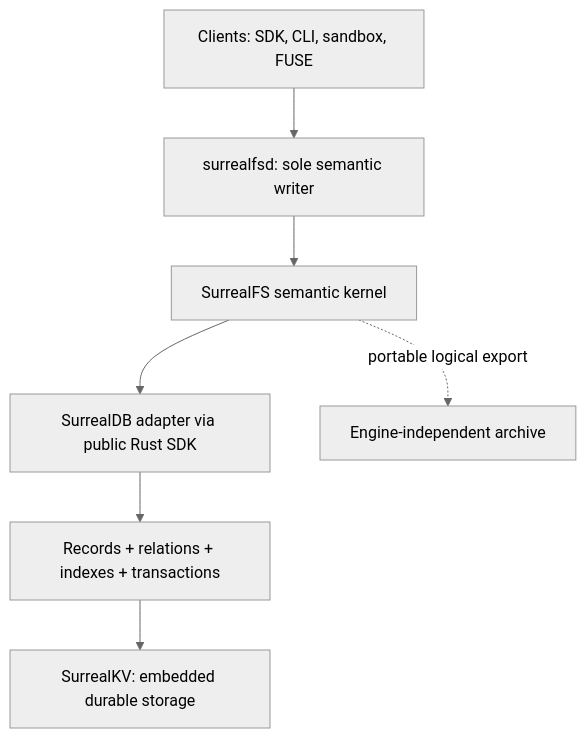
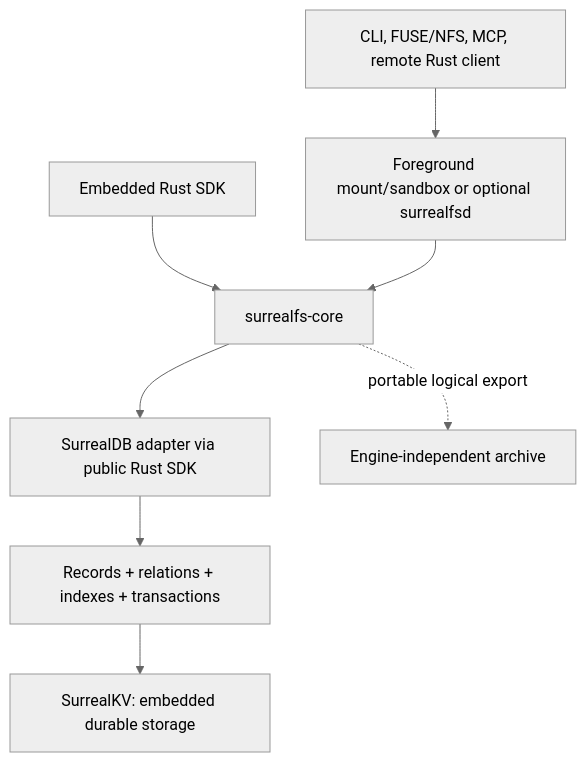
The fourth of 4 diagrams in PITCH.md (surrealdb-dev/surrealfs), drawn with Mermaid (neutral theme) before and after one commit. The commit also changed other lines of this file and 121 other files, not shown here.

````diff
--- a/PITCH.md
+++ b/PITCH.md
@@ -253,9 +321,10 @@
 ```mermaid
 flowchart TB
-    C["Clients: SDK, CLI, sandbox, FUSE"] --> D["surrealfsd: sole semantic writer"]
-    D --> K["SurrealFS semantic kernel"]
+    E["Embedded Rust SDK"] --> K["surrealfs-core"]
+    R["Foreground mount/sandbox or optional surrealfsd"] --> K
+    C["CLI, FUSE/NFS, MCP, remote Rust client"] --> R
     K --> A["SurrealDB adapter via public Rust SDK"]
     A --> Q["Records + relations + indexes + transactions"]
     Q --> V["SurrealKV: embedded durable storage"]
     K -. "portable logical export" .-> X["Engine-independent archive"]
 ```
````
